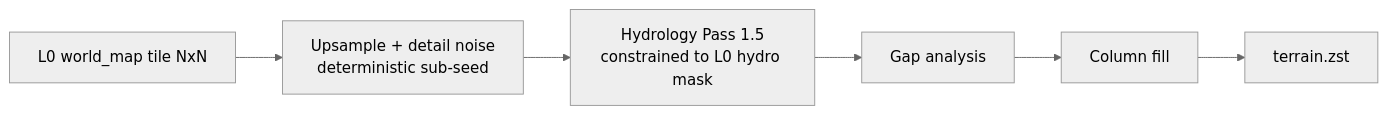
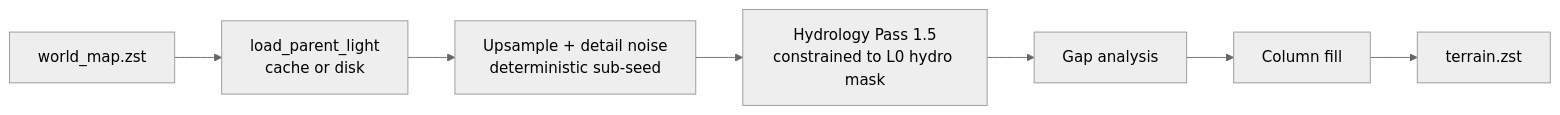
Before and after one commit to AndrewBondaren/AI-Project: the fifth of 13 diagrams in docs/tz_world_pack_storage.md, drawn with Mermaid (neutral theme). The commit also changed other lines of this file and 29 other files, not shown here.

Commit message:
refactor: parent light refine

````diff
--- a/docs/tz_world_pack_storage.md
+++ b/docs/tz_world_pack_storage.md
@@ -542,11 +588,12 @@
 ```mermaid
 flowchart LR
-  L0in[L0 world_map tile NxN]
+  Disk[world_map.zst]
+  Load[load_parent_light\ncache or disk]
   UP[Upsample + detail noise\ndeterministic sub-seed]
   HY[Hydrology Pass 1.5\nconstrained to L0 hydro mask]
   GA[Gap analysis]
   P2[Column fill]
   PACK[terrain.zst]
 
-  L0in --> UP --> HY --> GA --> P2 --> PACK
+  Disk --> Load --> UP --> HY --> GA --> P2 --> PACK
 ```
````
